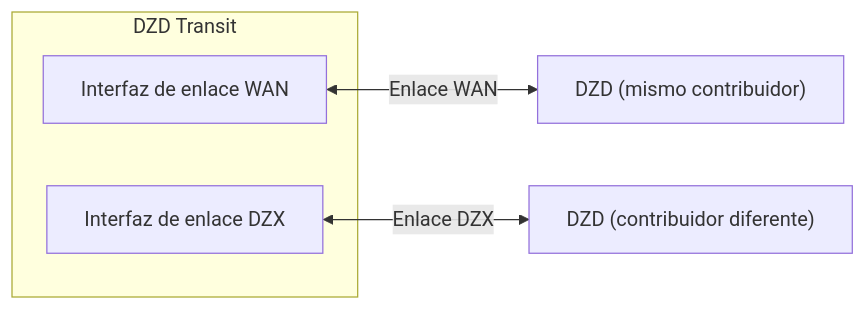
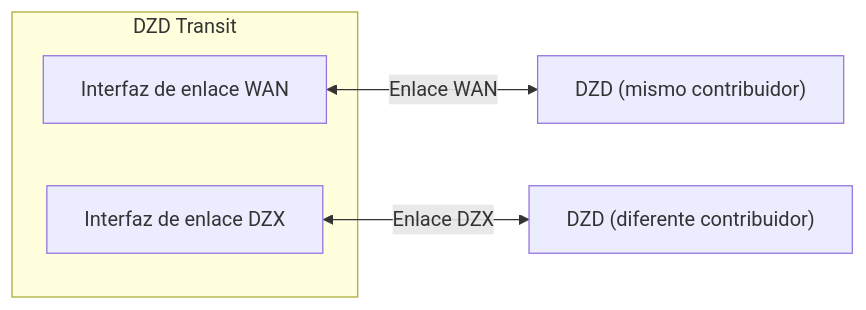
The sixth of 10 diagrams in docs/contribute-provisioning.es.md (malbeclabs/docs), drawn with Mermaid before and after one commit. The commit also changed other lines of this file and 27 other files, not shown here.

````diff
--- a/docs/contribute-provisioning.es.md
+++ b/docs/contribute-provisioning.es.md
@@ -335,9 +301,9 @@
 ```mermaid
 flowchart LR
     subgraph TDZD[DZD Transit]
         T_WAN["Interfaz de enlace WAN"]
         T_DZX["Interfaz de enlace DZX"]
     end
     T_WAN <-->|Enlace WAN| T2["DZD (mismo contribuidor)"]
-    T_DZX <-->|Enlace DZX| TD["DZD (contribuidor diferente)"]
+    T_DZX <-->|Enlace DZX| TD["DZD (diferente contribuidor)"]
 ```
````
